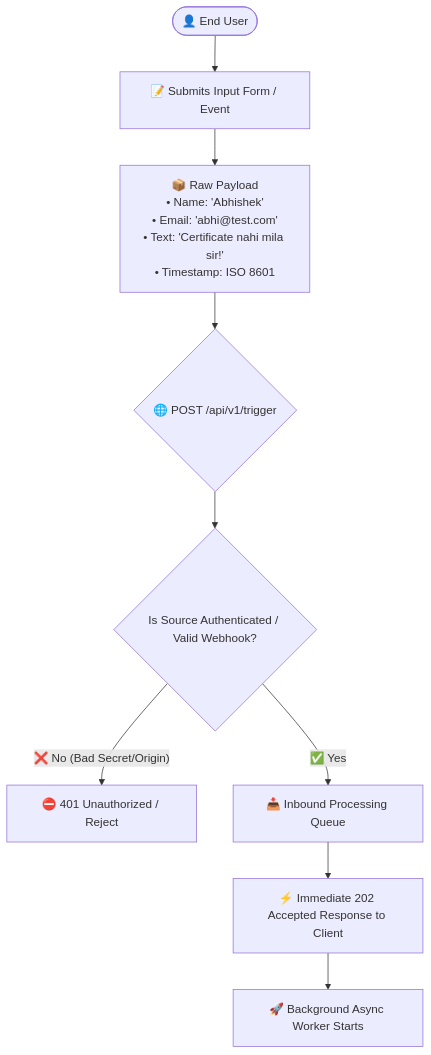
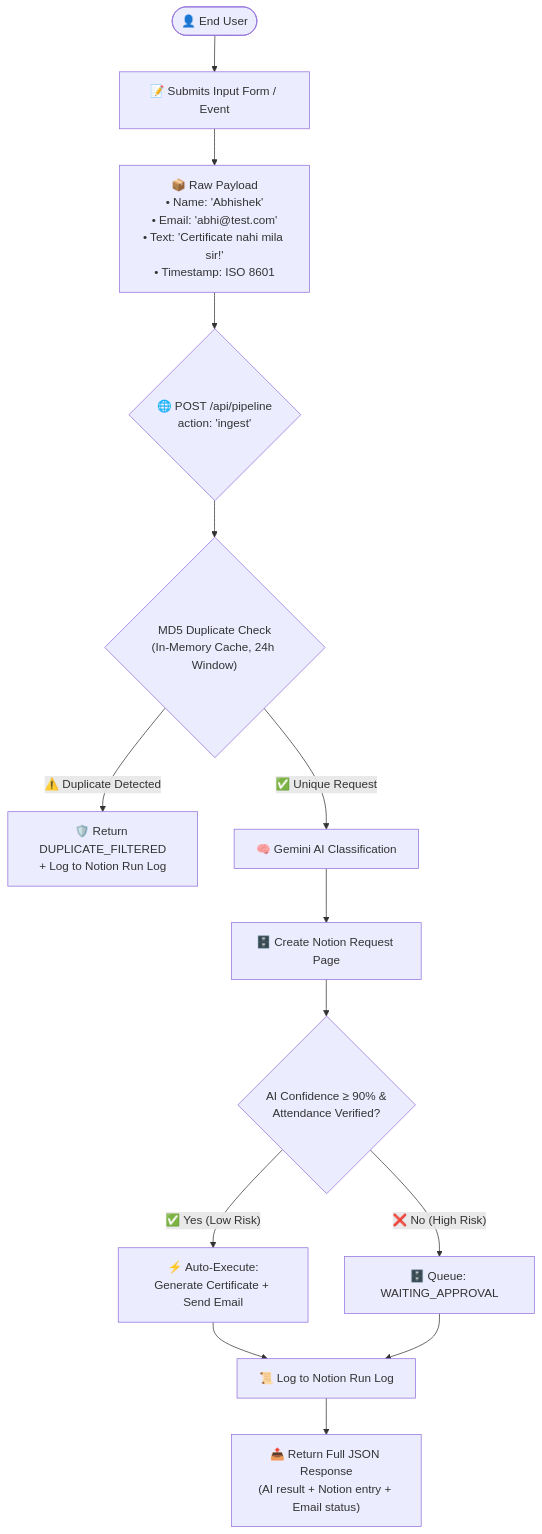
One commit to sharmaa-abhi/AutoDesk changed the second of 12 diagrams in docs/FLOWCHARTS.md. Above: the diagram before and after it, drawn with Mermaid. The commit also changed other lines of this file and 5 other files, not shown here.

Commit message:
upgrade to Next.js 16, refactor to server-side only environment variables, and add comprehensive project documentation and flowcharts.

````diff
--- a/docs/FLOWCHARTS.md
+++ b/docs/FLOWCHARTS.md
@@ -68,15 +68,21 @@
 ```mermaid
 flowchart TD
     User(["👤 End User"]) --> Form["📝 Submits Input Form / Event"]
     
     Form --> Payload["📦 Raw Payload<br/>• Name: 'Abhishek'<br/>• Email: 'abhi@test.com'<br/>• Text: 'Certificate nahi mila sir!'<br/>• Timestamp: ISO 8601"]
     
-    Payload --> Endpoint{"🌐 POST /api/v1/trigger"}
+    Payload --> Endpoint{"🌐 POST /api/pipeline<br/>action: 'ingest'"}
     
-    Endpoint --> AuthCheck{"Is Source Authenticated / Valid Webhook?"}
-    AuthCheck -- "❌ No (Bad Secret/Origin)" --> Ret401["⛔ 401 Unauthorized / Reject"]
-    AuthCheck -- "✅ Yes" --> Queue["📥 Inbound Processing Queue"]
+    Endpoint --> HashCheck{"MD5 Duplicate Check<br/>(In-Memory Cache, 24h Window)"}
+    HashCheck -- "⚠️ Duplicate Detected" --> DupBlock["🛡️ Return DUPLICATE_FILTERED<br/>+ Log to Notion Run Log"]
+    HashCheck -- "✅ Unique Request" --> AIStage["🧠 Gemini AI Classification"]
     
-    Queue --> Ack["⚡ Immediate 202 Accepted Response to Client"]
-    Ack --> AsyncWorker["🚀 Background Async Worker Starts"]
+    AIStage --> NotionWrite["🗄️ Create Notion Request Page"]
+    NotionWrite --> RouteDecision{"AI Confidence ≥ 90% &<br/>Attendance Verified?"}
+    RouteDecision -- "✅ Yes (Low Risk)" --> AutoExec["⚡ Auto-Execute:<br/>Generate Certificate + Send Email"]
+    RouteDecision -- "❌ No (High Risk)" --> Queue["🗄️ Queue: WAITING_APPROVAL"]
+    
+    AutoExec --> LogRun["📜 Log to Notion Run Log"]
+    Queue --> LogRun
+    LogRun --> Response["📤 Return Full JSON Response<br/>(AI result + Notion entry + Email status)"]
 ```
````
